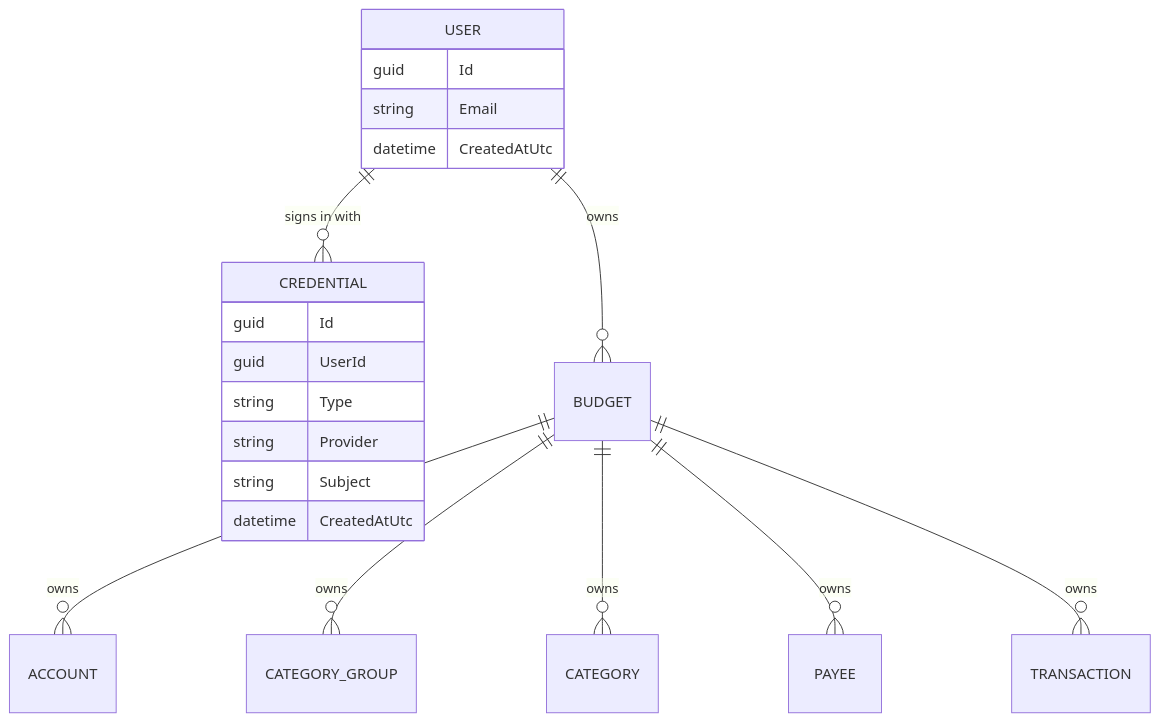
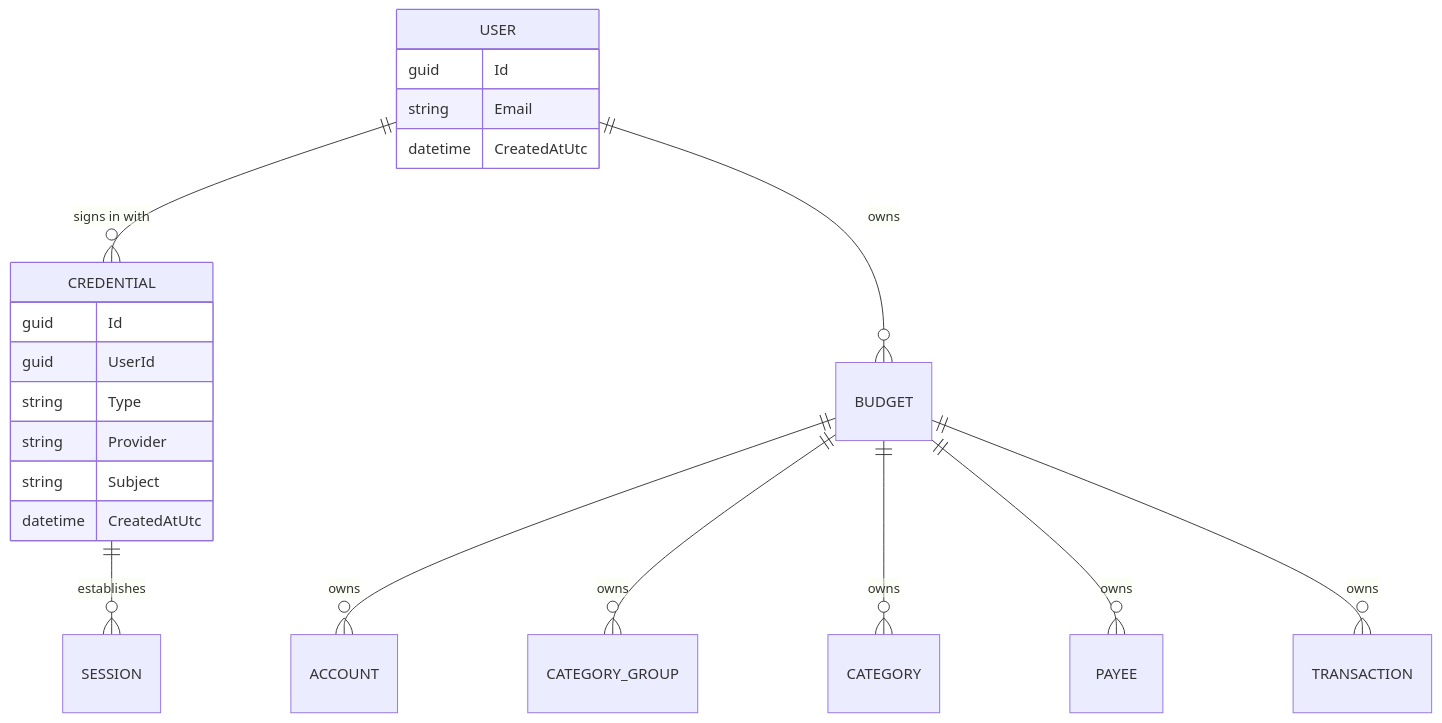
The first of 2 diagrams in docs/business-logic/users-and-ownership.md (anton-kochev/budgetoid), drawn with Mermaid before and after one commit. The commit also changed other lines of this file and 30 other files, not shown here.

````diff
--- a/docs/business-logic/users-and-ownership.md
+++ b/docs/business-logic/users-and-ownership.md
@@ -50,23 +50,24 @@
 ```mermaid
 erDiagram
     USER ||--o{ CREDENTIAL : "signs in with"
+    CREDENTIAL ||--o{ SESSION : establishes
     USER ||--o{ BUDGET : owns
     BUDGET ||--o{ ACCOUNT : owns
     BUDGET ||--o{ CATEGORY_GROUP : owns
     BUDGET ||--o{ CATEGORY : owns
     BUDGET ||--o{ PAYEE : owns
     BUDGET ||--o{ TRANSACTION : owns
     USER {
         guid Id
         string Email
         datetime CreatedAtUtc
     }
     CREDENTIAL {
         guid Id
         guid UserId
         string Type
         string Provider
         string Subject
         datetime CreatedAtUtc
     }
 ```
````
